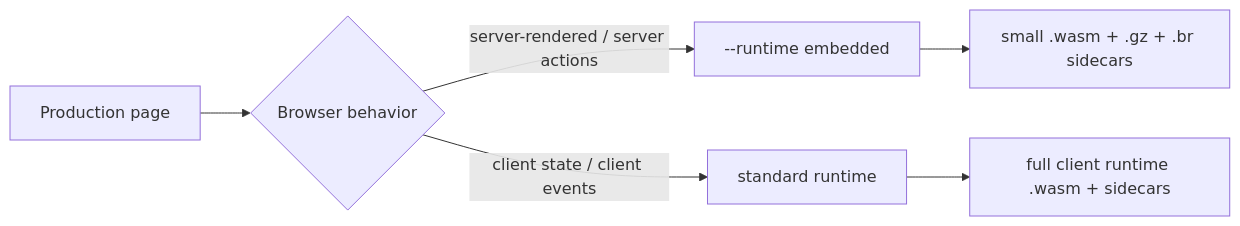
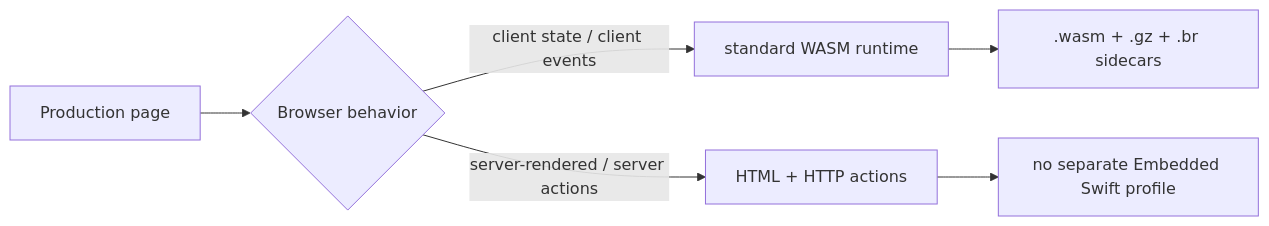
One commit to 1amageek/swift-web changed the fifth of 5 diagrams in README.md. Above: the diagram before and after it, drawn with Mermaid. The commit also changed other lines of this file and 354 other files, not shown here.

Commit message:
Separate runtime modules and standardize WASM support

````diff
--- a/README.md
+++ b/README.md
@@ -543,8 +554,8 @@
 ```mermaid
 flowchart LR
   A["Production page"] --> B{"Browser behavior"}
-  B -->|"server-rendered / server actions"| C["--runtime embedded"]
-  B -->|"client state / client events"| D["standard runtime"]
-  C --> E["small .wasm + .gz + .br sidecars"]
-  D --> F["full client runtime .wasm + sidecars"]
+  B -->|"client state / client events"| C["standard WASM runtime"]
+  B -->|"server-rendered / server actions"| D["HTML + HTTP actions"]
+  C --> E[".wasm + .gz + .br sidecars"]
+  D --> F["no separate Embedded Swift profile"]
 ```
````
